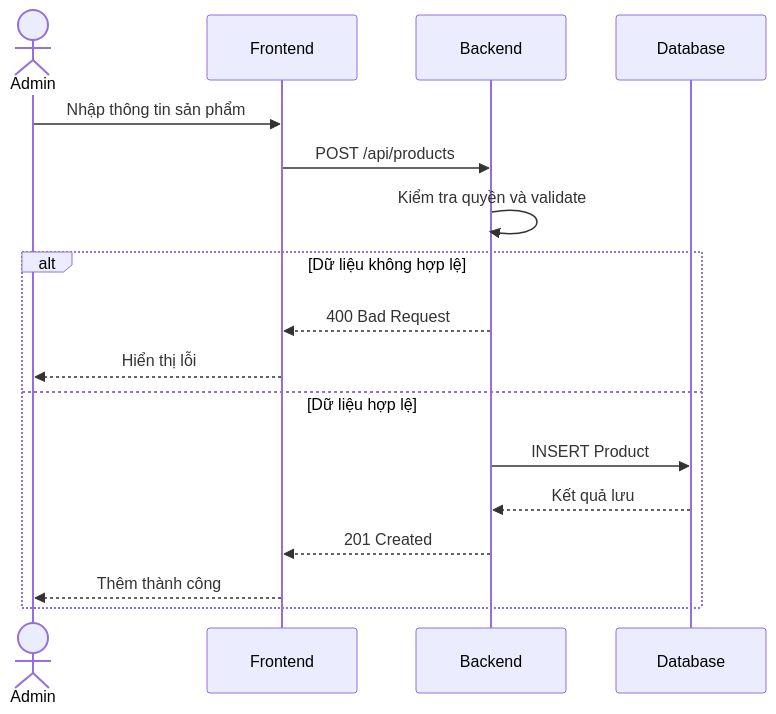
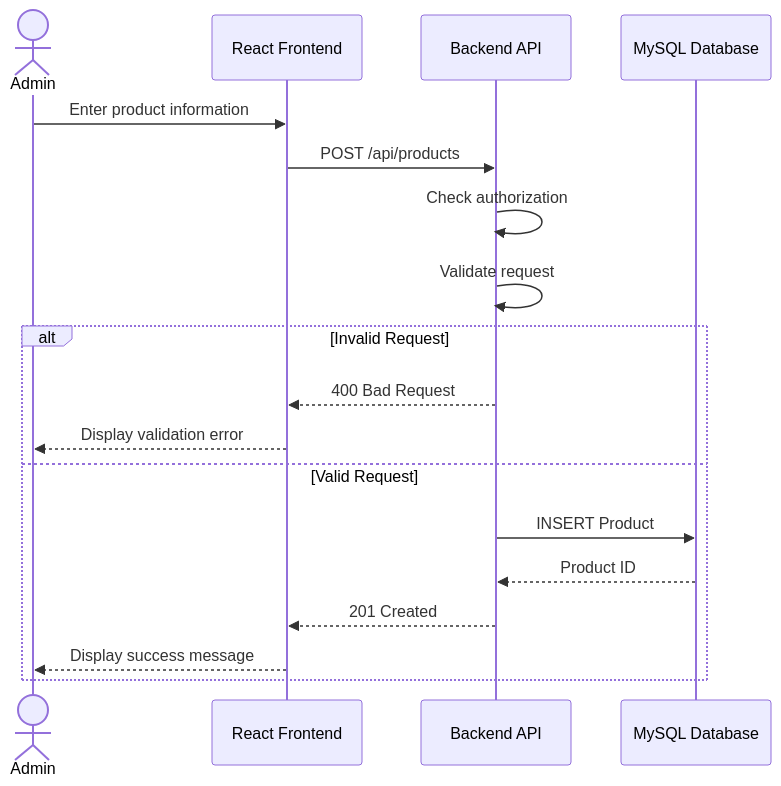
Before and after one commit to duongvanQuang-bit230347/ts-learning: the fifth of 5 diagrams in docs/software-development-process.md, drawn with Mermaid. The commit also changed other lines of this file, not shown here.

Commit message:
docs: add professional software development process and Mermaid diagrams

````diff
--- a/docs/software-development-process.md
+++ b/docs/software-development-process.md
@@ -332,21 +656,22 @@
 ```mermaid
 sequenceDiagram
     actor Admin
-    participant FE as Frontend
-    participant BE as Backend
-    participant DB as Database
+    participant FE as React Frontend
+    participant BE as Backend API
+    participant DB as MySQL Database
 
-    Admin->>FE: Nhập thông tin sản phẩm
+    Admin->>FE: Enter product information
     FE->>BE: POST /api/products
-    BE->>BE: Kiểm tra quyền và validate
+    BE->>BE: Check authorization
+    BE->>BE: Validate request
 
-    alt Dữ liệu không hợp lệ
+    alt Invalid Request
         BE-->>FE: 400 Bad Request
-        FE-->>Admin: Hiển thị lỗi
-    else Dữ liệu hợp lệ
+        FE-->>Admin: Display validation error
+    else Valid Request
         BE->>DB: INSERT Product
-        DB-->>BE: Kết quả lưu
+        DB-->>BE: Product ID
         BE-->>FE: 201 Created
-        FE-->>Admin: Thêm thành công
+        FE-->>Admin: Display success message
     end
 ```
````
